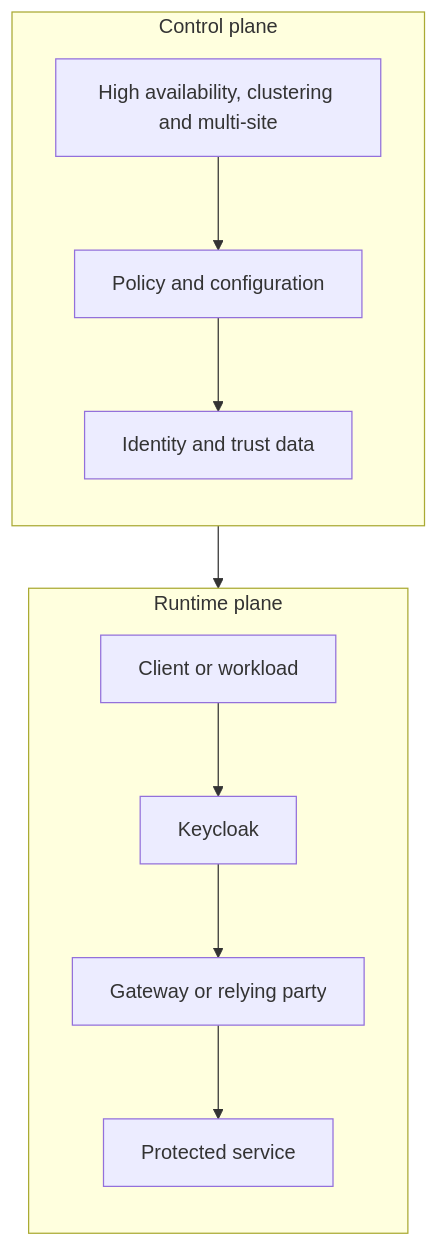
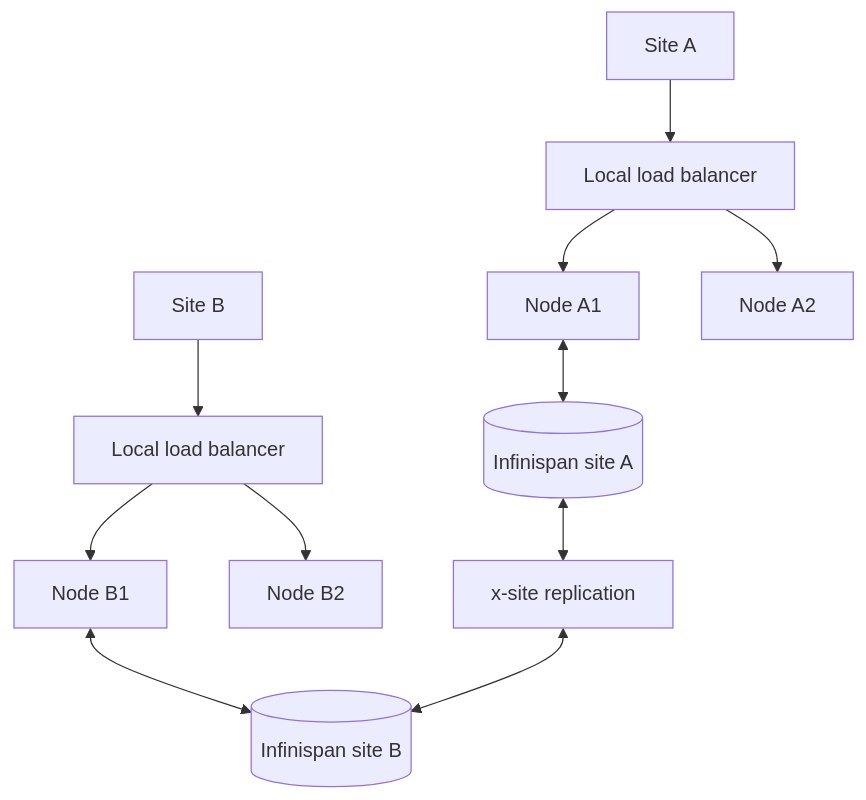
Before and after one commit to jeanflorentine/IAM-KeyCloack-Lab: diagram 23 of 36 in KeyCloack Reference Book.md, drawn with Mermaid. The commit also changed other lines of this file, not shown here.

Commit message:
Revise chapter structure diagrams and chapter 31 interview bank

````diff
--- a/KeyCloack Reference Book.md
+++ b/KeyCloack Reference Book.md
@@ -2559,24 +2348,13 @@
 ```mermaid
-flowchart TB
-    subgraph CP[Control plane]
-        direction TB
-        A[High availability, clustering and multi-site]
-        B[Policy and configuration]
-        C[Identity and trust data]
-        A --> B
-        B --> C
-    end
-
-    subgraph RP[Runtime plane]
-        direction TB
-        D[Client or workload]
-        E[Keycloak]
-        F[Gateway or relying party]
-        G[Protected service]
-        D --> E
-        E --> F
-        F --> G
-    end
-
-    CP --> RP
+flowchart TD
+    SiteA[Site A] --> LBA[Local load balancer]
+    SiteB[Site B] --> LBB[Local load balancer]
+    LBA --> NodeA1[Node A1]
+    LBA --> NodeA2[Node A2]
+    LBB --> NodeB1[Node B1]
+    LBB --> NodeB2[Node B2]
+    NodeA1 <--> CacheA[(Infinispan site A)]
+    NodeB1 <--> CacheB[(Infinispan site B)]
+    CacheA <--> XSite[x-site replication]
+    XSite <--> CacheB
 ```
````
